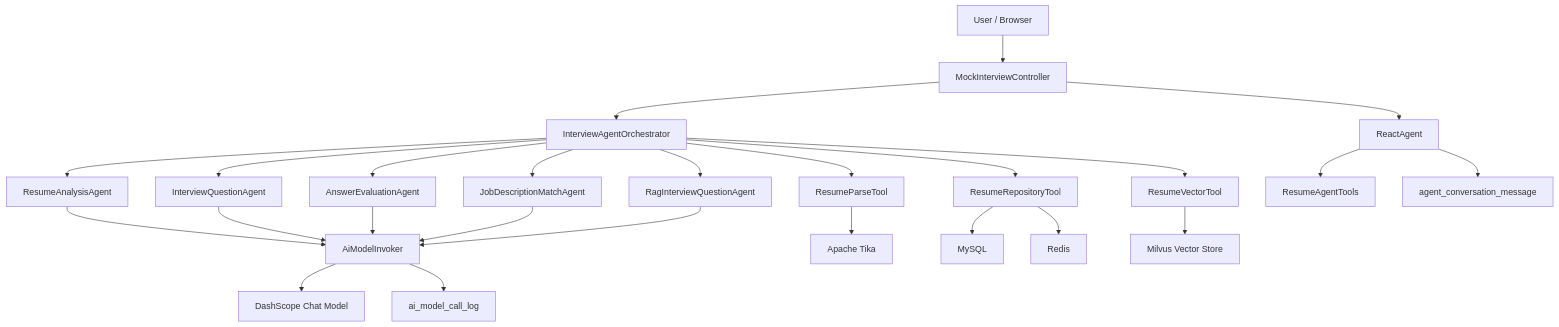
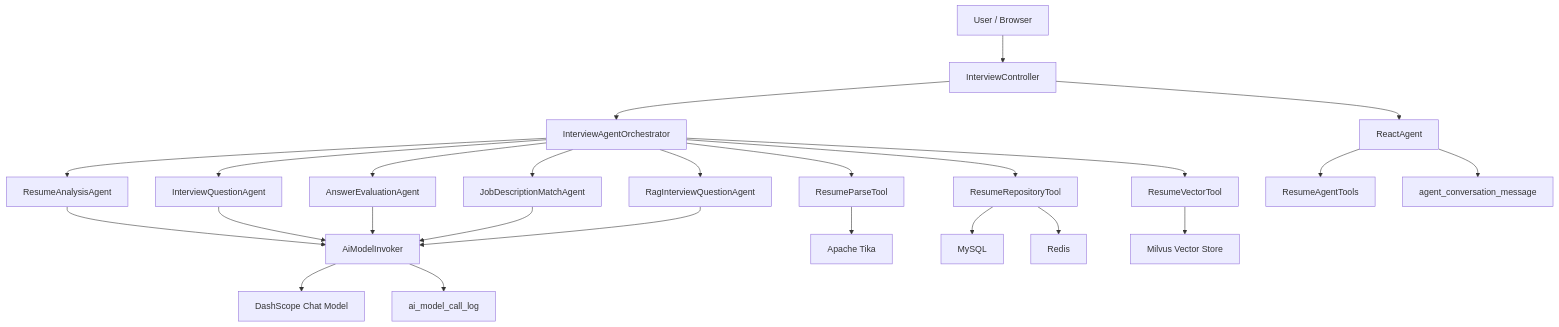
Before and after one commit to xiekunhuang2020/ai-interview-agent: the diagram in docs/architecture.md, drawn with Mermaid. The commit also changed other lines of this file and 1 other file, not shown here.

````diff
--- a/docs/architecture.md
+++ b/docs/architecture.md
@@ -9,31 +9,31 @@
 ```mermaid
 flowchart TD
-    U["User / Browser"] --> C["MockInterviewController"]
+    U["User / Browser"] --> C["InterviewController"]
     C --> O["InterviewAgentOrchestrator"]
 
     O --> T1["ResumeParseTool"]
     O --> A1["ResumeAnalysisAgent"]
     O --> T2["ResumeRepositoryTool"]
     O --> T3["ResumeVectorTool"]
     O --> A2["InterviewQuestionAgent"]
     O --> A3["AnswerEvaluationAgent"]
     O --> A4["JobDescriptionMatchAgent"]
     O --> A5["RagInterviewQuestionAgent"]
 
     A1 --> INV["AiModelInvoker"]
     A2 --> INV
     A3 --> INV
     A4 --> INV
     A5 --> INV
     INV --> LLM["DashScope Chat Model"]
     INV --> AUDIT["ai_model_call_log"]
 
     C --> RA["ReactAgent"]
     RA --> TOOLCALL["ResumeAgentTools"]
     RA --> MSGAUDIT["agent_conversation_message"]
 
     T1 --> Tika["Apache Tika"]
     T2 --> MySQL["MySQL"]
     T2 --> Redis["Redis"]
     T3 --> Milvus["Milvus Vector Store"]
 ```
````
